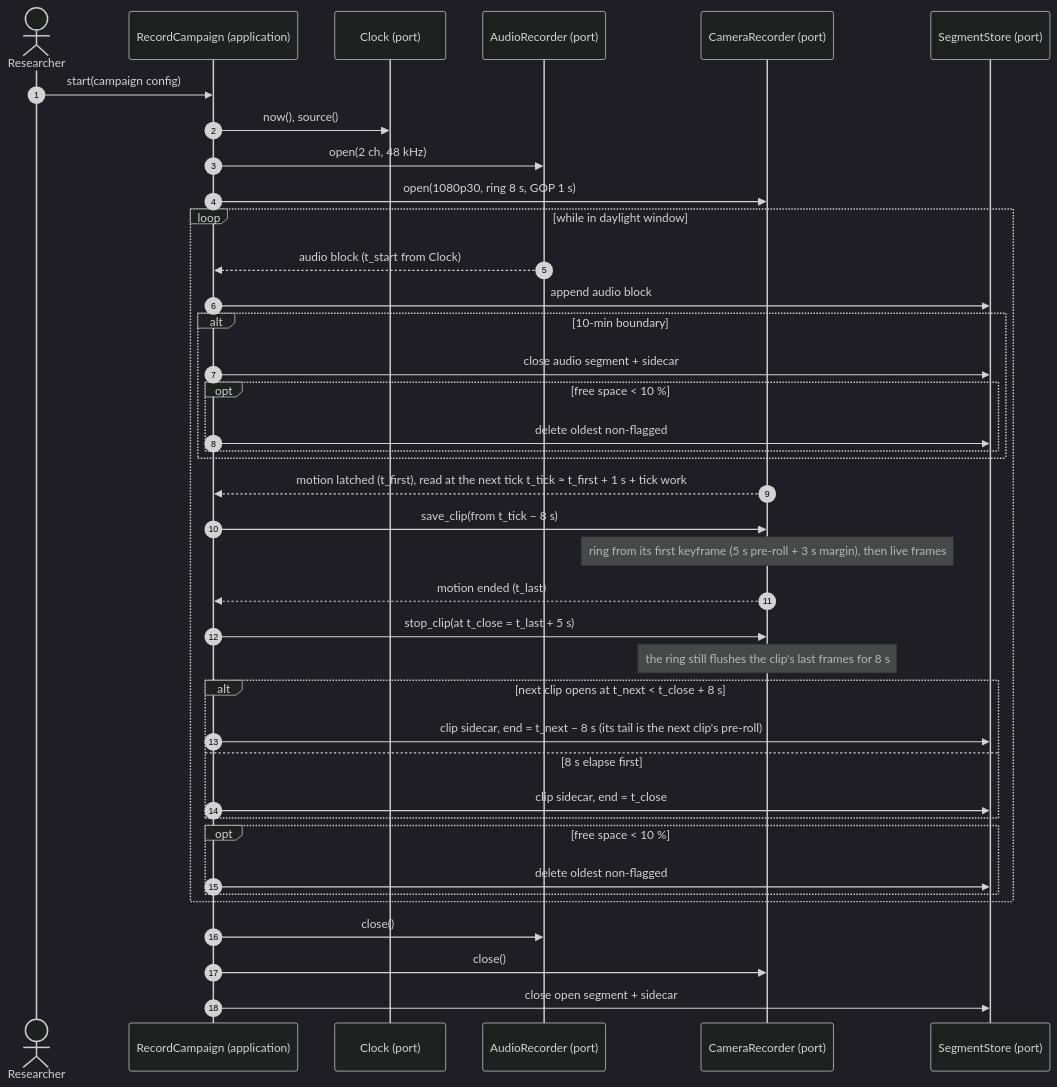
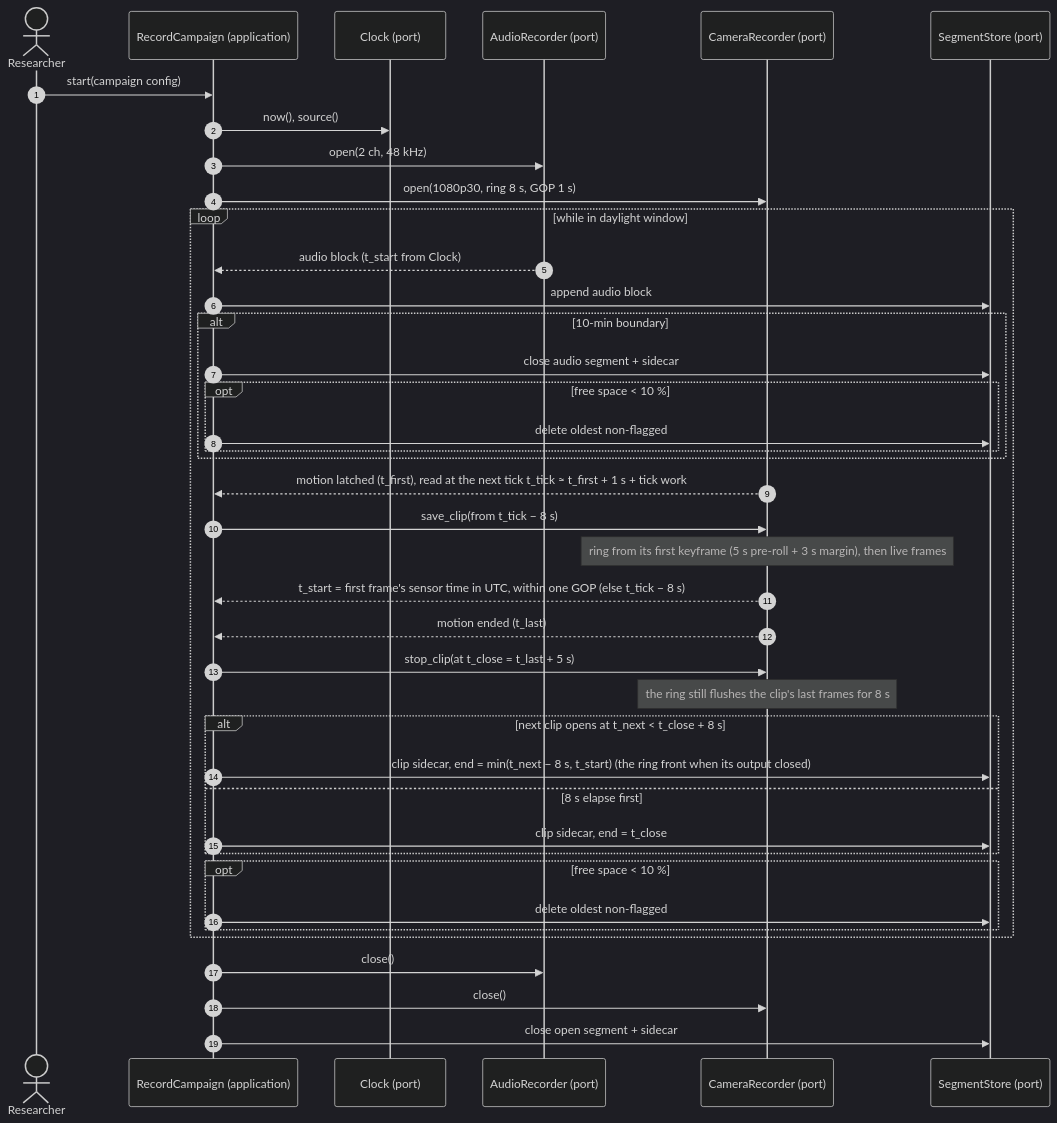
One commit to benoit-bremaud/aristech changed the diagram in docs/architecture/diagrams/capture-rig/02-sequence-recording.md. Above: the diagram before and after it, drawn with Mermaid (dark theme). The commit also changed other lines of this file and 6 other files, not shown here.

First line of the commit message:
fix(capture): date a clip from its first frame's sensor timestamp (#189)

````diff
--- a/docs/architecture/diagrams/capture-rig/02-sequence-recording.md
+++ b/docs/architecture/diagrams/capture-rig/02-sequence-recording.md
@@ -14,42 +15,43 @@
 ```mermaid
 sequenceDiagram
     autonumber
     actor R as Researcher
     participant UC as RecordCampaign (application)
     participant CK as Clock (port)
     participant AU as AudioRecorder (port)
     participant CA as CameraRecorder (port)
     participant ST as SegmentStore (port)
 
     R->>UC: start(campaign config)
     UC->>CK: now(), source()
     UC->>AU: open(2 ch, 48 kHz)
     UC->>CA: open(1080p30, ring 8 s, GOP 1 s)
     loop while in daylight window
         AU-->>UC: audio block (t_start from Clock)
         UC->>ST: append audio block
         alt 10-min boundary
             UC->>ST: close audio segment + sidecar
             opt free space < 10 %
                 UC->>ST: delete oldest non-flagged
             end
         end
         CA-->>UC: motion latched (t_first), read at the next tick t_tick ≈ t_first + 1 s + tick work
         UC->>CA: save_clip(from t_tick − 8 s)
         Note over CA: ring from its first keyframe (5 s pre-roll + 3 s margin), then live frames
+        CA-->>UC: t_start = first frame's sensor time in UTC, within one GOP (else t_tick − 8 s)
         CA-->>UC: motion ended (t_last)
         UC->>CA: stop_clip(at t_close = t_last + 5 s)
         Note over CA: the ring still flushes the clip's last frames for 8 s
         alt next clip opens at t_next < t_close + 8 s
-            UC->>ST: clip sidecar, end = t_next − 8 s (its tail is the next clip's pre-roll)
+            UC->>ST: clip sidecar, end = min(t_next − 8 s, t_start) (the ring front when its output closed)
         else 8 s elapse first
             UC->>ST: clip sidecar, end = t_close
         end
         opt free space < 10 %
             UC->>ST: delete oldest non-flagged
         end
     end
     UC->>AU: close()
     UC->>CA: close()
     UC->>ST: close open segment + sidecar
 ```
````
